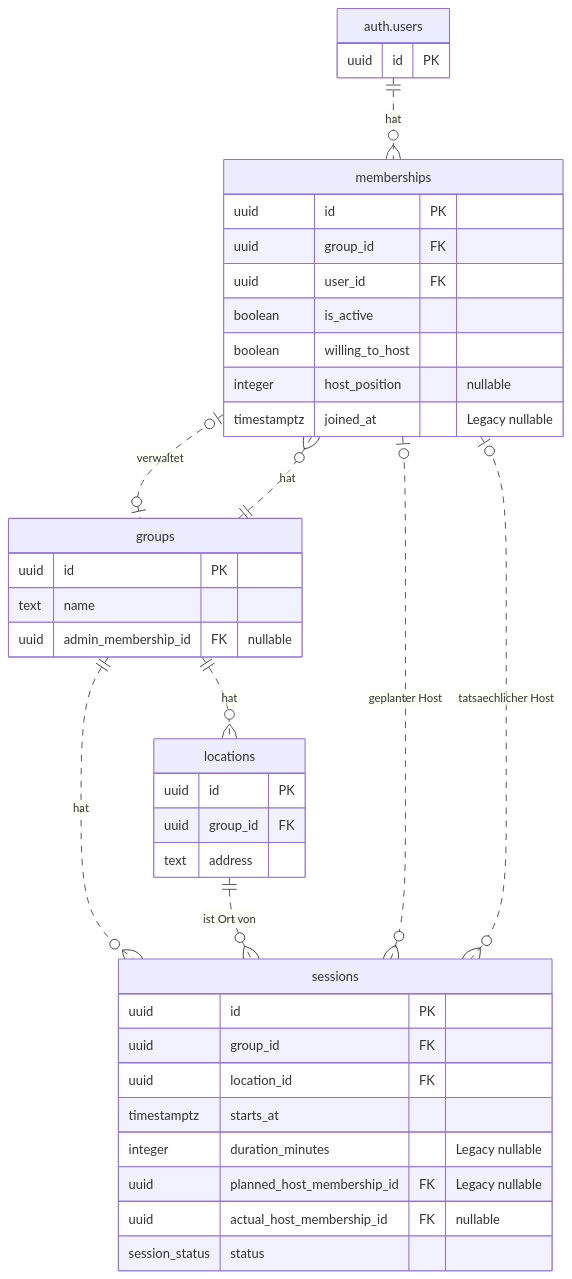
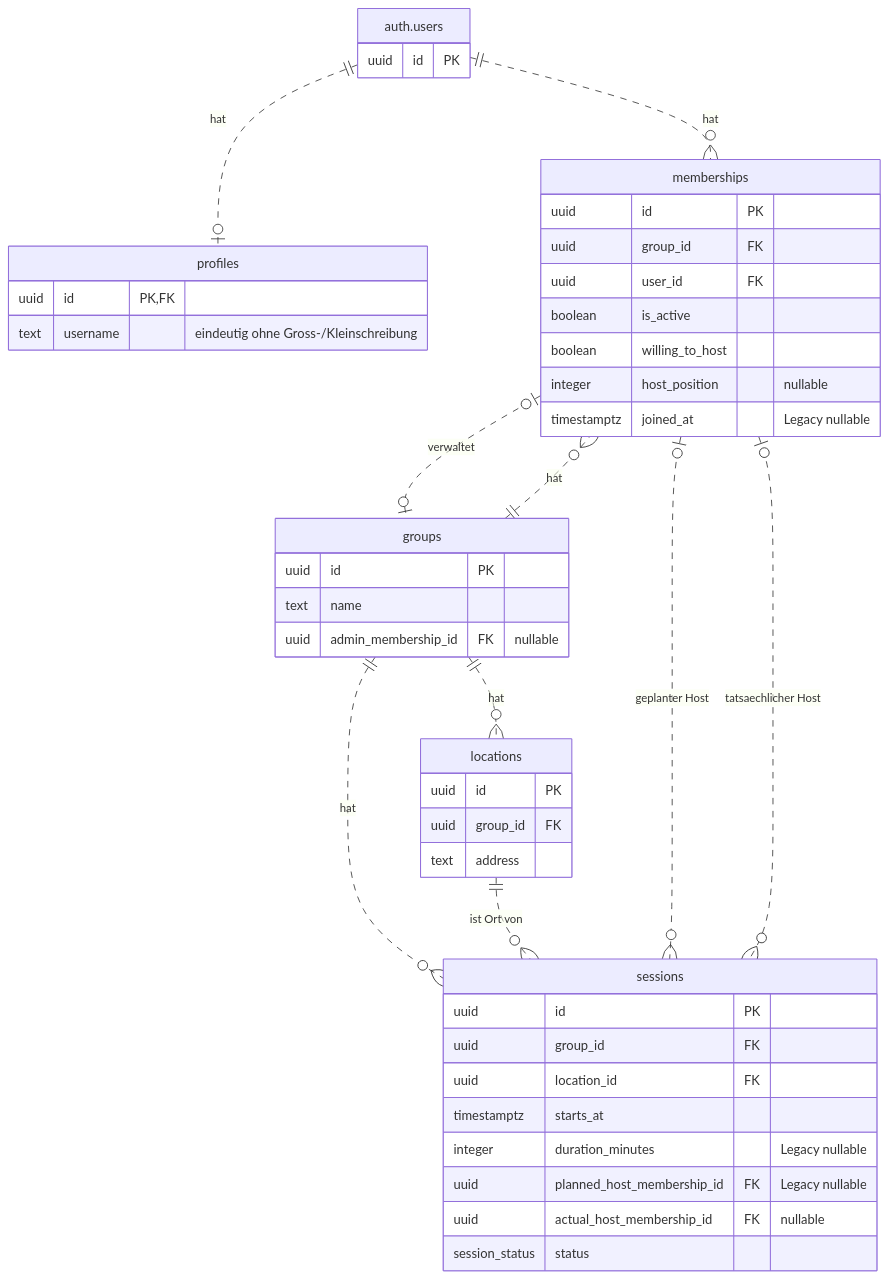
The diagram in docs/datenmodell.md (martianmaikel/DLBCSEMSE02_D_Board_Gamer), drawn with Mermaid before and after one commit. The commit also changed other lines of this file and 14 other files, not shown here.

````diff
--- a/docs/datenmodell.md
+++ b/docs/datenmodell.md
@@ -13,48 +14,54 @@
 ```mermaid
 erDiagram
+    "auth.users" ||..o| profiles : hat
     "auth.users" ||..o{ memberships : hat
     groups ||..o{ memberships : hat
     groups ||..o{ locations : hat
     groups ||..o{ sessions : hat
     locations ||..o{ sessions : "ist Ort von"
     memberships |o..o| groups : verwaltet
     memberships |o..o{ sessions : "geplanter Host"
     memberships |o..o{ sessions : "tatsaechlicher Host"
 
     "auth.users" {
         uuid id PK
+    }
+
+    profiles {
+        uuid id PK,FK
+        text username "eindeutig ohne Gross-/Kleinschreibung"
     }
 
     groups {
         uuid id PK
         text name
         uuid admin_membership_id FK "nullable"
     }
 
     memberships {
         uuid id PK
         uuid group_id FK
         uuid user_id FK
         boolean is_active
         boolean willing_to_host
         integer host_position "nullable"
         timestamptz joined_at "Legacy nullable"
     }
 
     locations {
         uuid id PK
         uuid group_id FK
         text address
     }
 
     sessions {
         uuid id PK
         uuid group_id FK
         uuid location_id FK
         timestamptz starts_at
         integer duration_minutes "Legacy nullable"
         uuid planned_host_membership_id FK "Legacy nullable"
         uuid actual_host_membership_id FK "nullable"
         session_status status
     }
 ```
````
